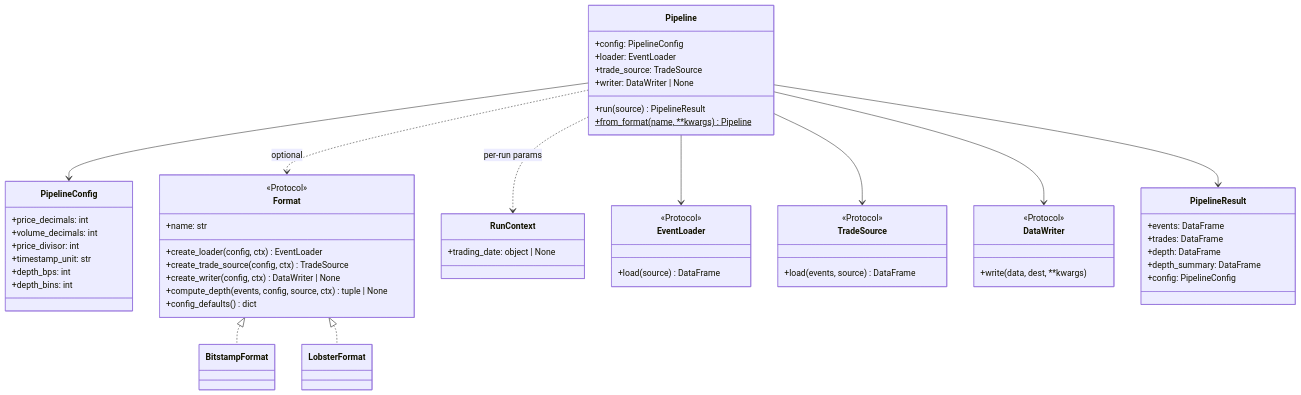
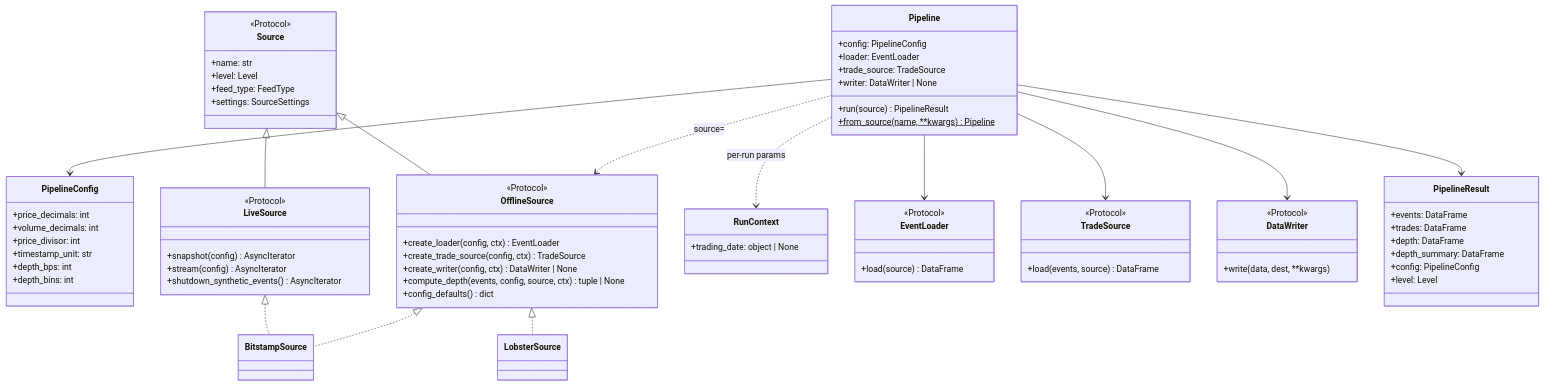
The diagram in ARCHITECTURE.md (mczielinski/ob-analytics), drawn with Mermaid before and after one commit. The commit also changed other lines of this file and 57 other files, not shown here.

````diff
--- a/ARCHITECTURE.md
+++ b/ARCHITECTURE.md
@@ -75,7 +81,7 @@
         +trade_source: TradeSource
         +writer: DataWriter | None
         +run(source) PipelineResult
-        +from_format(name, **kwargs)$ Pipeline
+        +from_source(name, **kwargs)$ Pipeline
     }
 
     class PipelineConfig {
@@ -87,22 +93,34 @@
         +depth_bins: int
     }
 
-    class Format {
+    class Source {
         <<Protocol>>
         +name: str
+        +level: Level
+        +feed_type: FeedType
+        +settings: SourceSettings
+    }
+    class OfflineSource {
+        <<Protocol>>
         +create_loader(config, ctx) EventLoader
         +create_trade_source(config, ctx) TradeSource
         +create_writer(config, ctx) DataWriter | None
         +compute_depth(events, config, source, ctx) tuple | None
         +config_defaults() dict
     }
+    class LiveSource {
+        <<Protocol>>
+        +snapshot(config) AsyncIterator
+        +stream(config) AsyncIterator
+        +shutdown_synthetic_events() AsyncIterator
+    }
 
     class RunContext {
         +trading_date: object | None
     }
 
-    class BitstampFormat
-    class LobsterFormat
+    class BitstampSource
+    class LobsterSource
 
     class EventLoader {
         <<Protocol>>
@@ -123,6 +141,7 @@
         +depth: DataFrame
         +depth_summary: DataFrame
         +config: PipelineConfig
+        +level: Level
     }
 
     Pipeline --> PipelineConfig
@@ -130,8 +149,11 @@
     Pipeline --> TradeSource
     Pipeline --> DataWriter
     Pipeline --> PipelineResult
-    Pipeline ..> Format : optional
+    Pipeline ..> OfflineSource : source=
     Pipeline ..> RunContext : per-run params
-    Format <|.. BitstampFormat
-    Format <|.. LobsterFormat
+    Source <|-- OfflineSource
+    Source <|-- LiveSource
+    OfflineSource <|.. BitstampSource
+    LiveSource <|.. BitstampSource
+    OfflineSource <|.. LobsterSource
 ```
````
